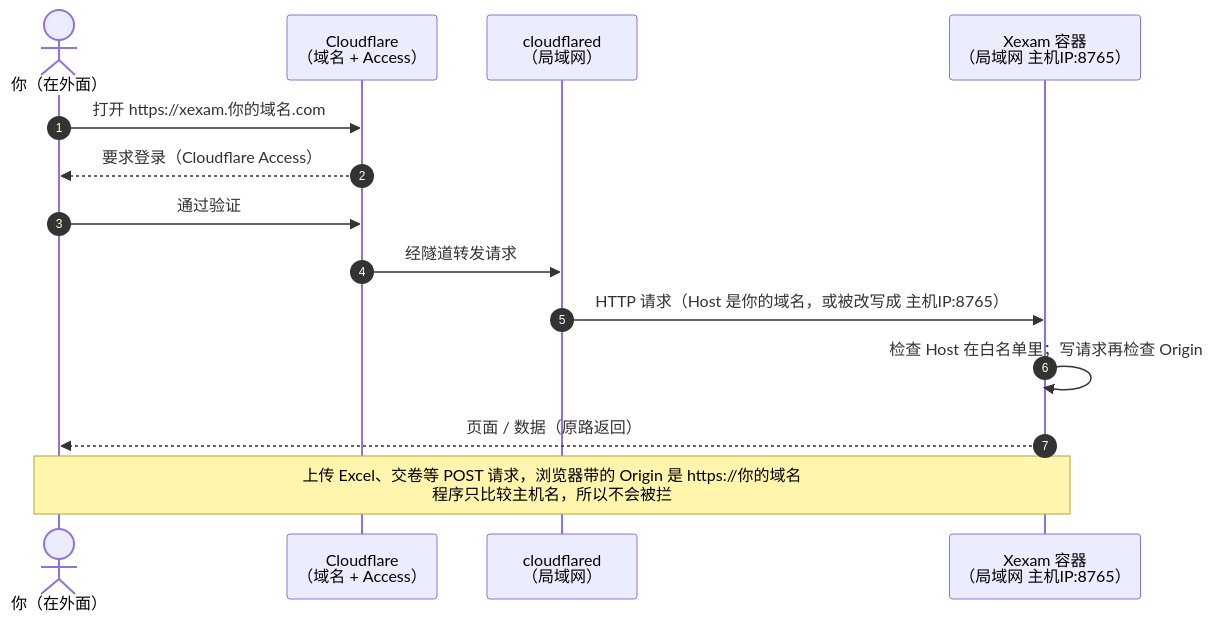
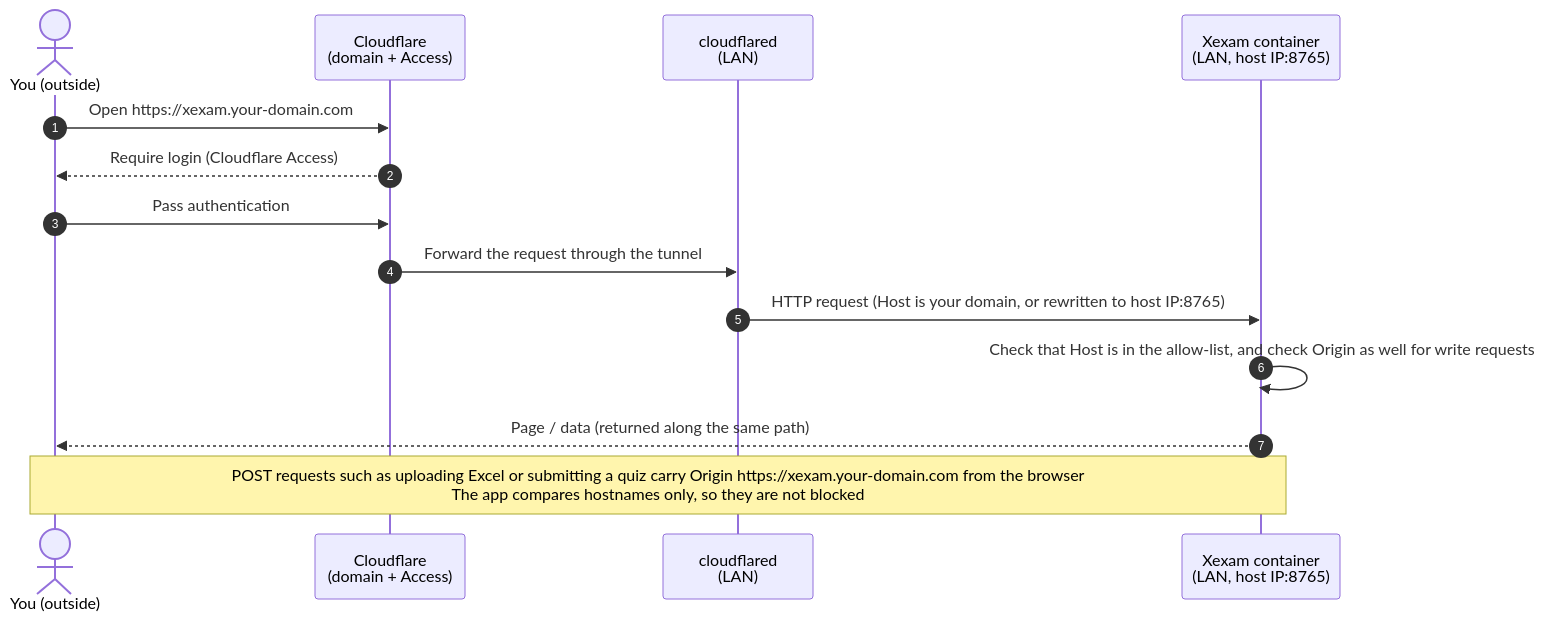
The fifth of 6 diagrams in README.md (Yumin-Space/xexam), drawn with Mermaid before and after one commit. The commit also changed other lines of this file and 127 other files, not shown here.

````diff
--- a/README.md
+++ b/README.md
@@ -439,17 +475,17 @@
 ```mermaid
 sequenceDiagram
     autonumber
-    actor U as 你（在外面）
-    participant CF as Cloudflare<br/>（域名 + Access）
-    participant T as cloudflared<br/>（局域网）
-    participant X as Xexam 容器<br/>（局域网 主机IP:8765）
+    actor U as You (outside)
+    participant CF as Cloudflare<br/>(domain + Access)
+    participant T as cloudflared<br/>(LAN)
+    participant X as Xexam container<br/>(LAN, host IP:8765)
 
-    U->>CF: 打开 https://xexam.你的域名.com
-    CF-->>U: 要求登录（Cloudflare Access）
-    U->>CF: 通过验证
-    CF->>T: 经隧道转发请求
-    T->>X: HTTP 请求（Host 是你的域名，或被改写成 主机IP:8765）
-    X->>X: 检查 Host 在白名单里；写请求再检查 Origin
-    X-->>U: 页面 / 数据（原路返回）
-    Note over U,X: 上传 Excel、交卷等 POST 请求，浏览器带的 Origin 是 https://你的域名<br/>程序只比较主机名，所以不会被拦
+    U->>CF: Open https://xexam.your-domain.com
+    CF-->>U: Require login (Cloudflare Access)
+    U->>CF: Pass authentication
+    CF->>T: Forward the request through the tunnel
+    T->>X: HTTP request (Host is your domain, or rewritten to host IP:8765)
+    X->>X: Check that Host is in the allow-list, and check Origin as well for write requests
+    X-->>U: Page / data (returned along the same path)
+    Note over U,X: POST requests such as uploading Excel or submitting a quiz carry Origin https://xexam.your-domain.com from the browser<br/>The app compares hostnames only, so they are not blocked
 ```
````
